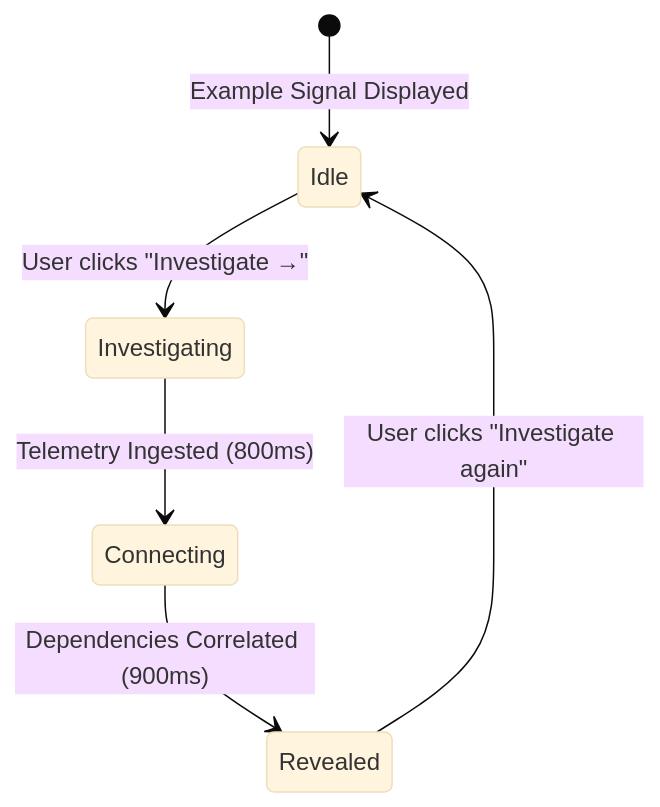
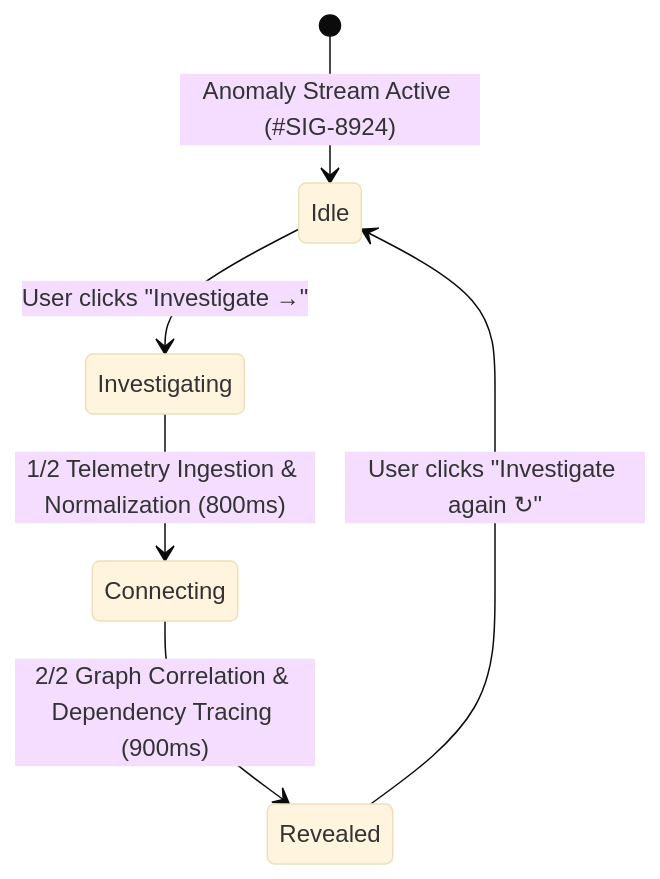
The second of 7 diagrams in DECISIONS.md (Yuvraj264/Signal-Acdyon-company-), drawn with Mermaid (base theme) before and after one commit. The commit also changed other lines of this file and 4 other files, not shown here.

````diff
--- a/DECISIONS.md
+++ b/DECISIONS.md
@@ -184,8 +78,8 @@
 ```mermaid
 stateDiagram-v2
-    [*] --> Idle: Example Signal Displayed
+    [*] --> Idle: Anomaly Stream Active (#SIG-8924)
     Idle --> Investigating: User clicks "Investigate →"
-    Investigating --> Connecting: Telemetry Ingested (800ms)
-    Connecting --> Revealed: Dependencies Correlated (900ms)
-    Revealed --> Idle: User clicks "Investigate again"
+    Investigating --> Connecting: 1/2 Telemetry Ingestion & Normalization (800ms)
+    Connecting --> Revealed: 2/2 Graph Correlation & Dependency Tracing (900ms)
+    Revealed --> Idle: User clicks "Investigate again ↻"
 ```
````
